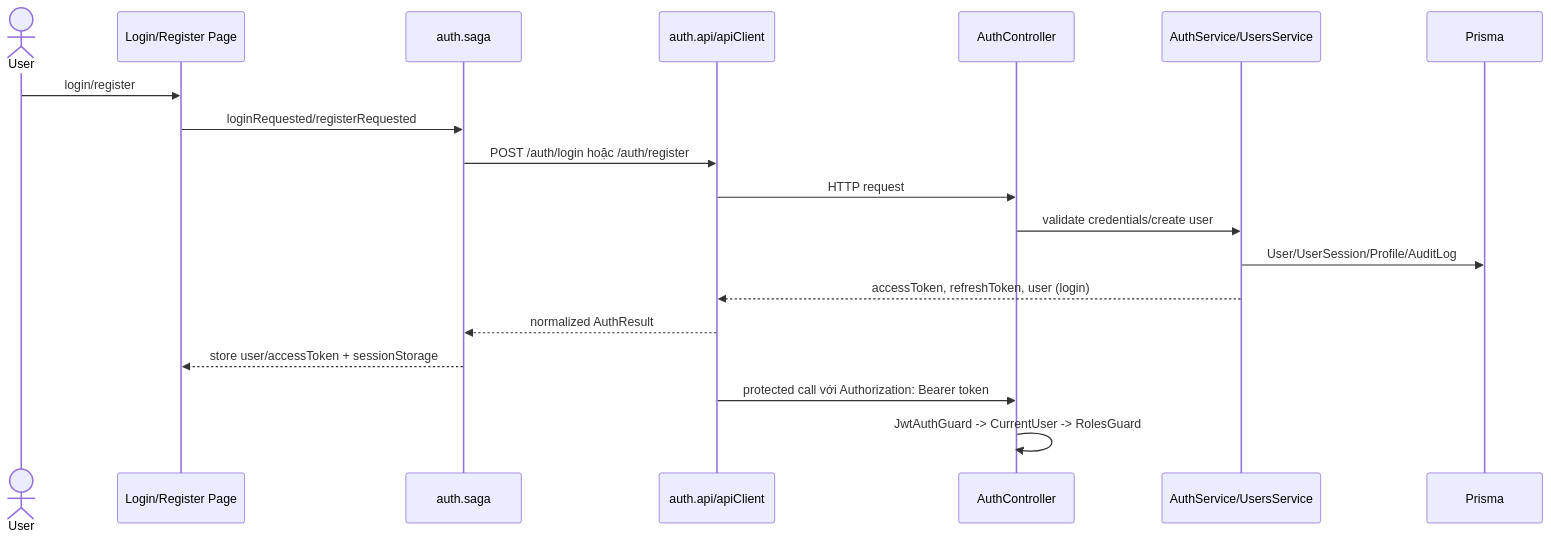
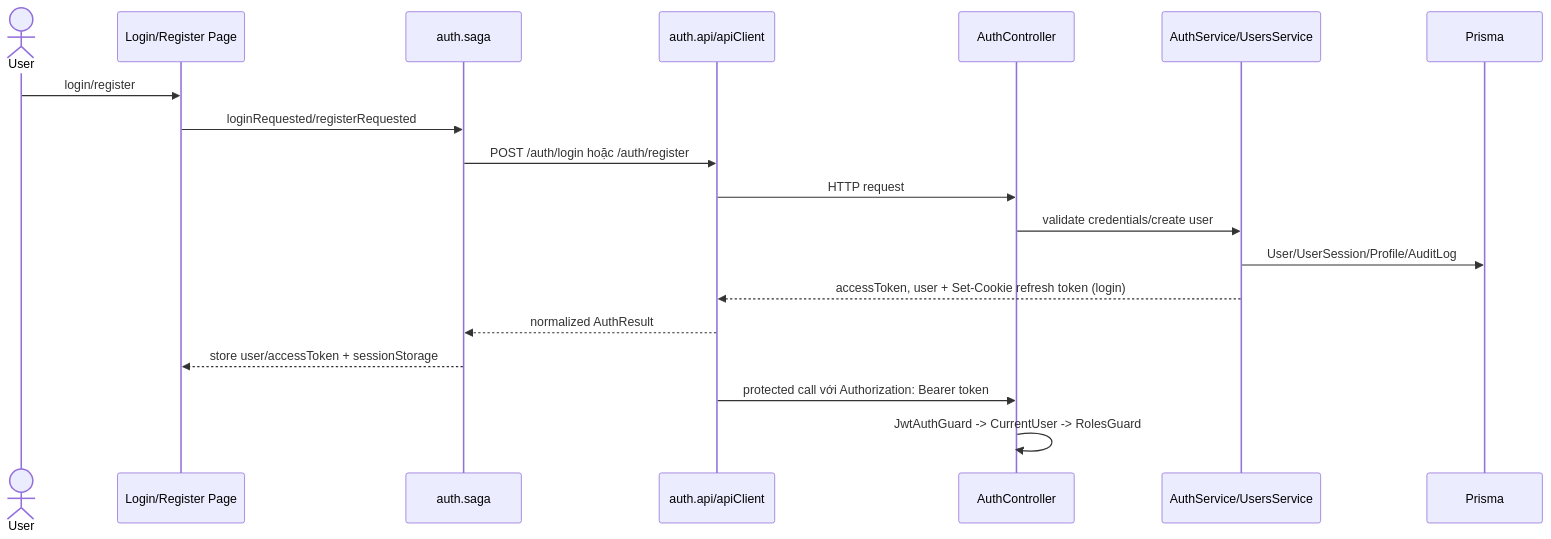
One commit to thanhnguyen0901/OnlineHealthConsultation-Service changed the diagram in docs/project-audit/04-auth-rbac-audit.md. Above: the diagram before and after it, drawn with Mermaid. The commit also changed other lines of this file and 2 other files, not shown here.

Commit message:
Update refresh token audit docs

````diff
--- a/docs/project-audit/04-auth-rbac-audit.md
+++ b/docs/project-audit/04-auth-rbac-audit.md
@@ -19,22 +19,22 @@
 ```mermaid
 sequenceDiagram
   actor User
   participant FE as Login/Register Page
   participant Saga as auth.saga
   participant API as auth.api/apiClient
   participant BE as AuthController
   participant SVC as AuthService/UsersService
   participant DB as Prisma
 
   User->>FE: login/register
   FE->>Saga: loginRequested/registerRequested
   Saga->>API: POST /auth/login hoặc /auth/register
   API->>BE: HTTP request
   BE->>SVC: validate credentials/create user
   SVC->>DB: User/UserSession/Profile/AuditLog
-  SVC-->>API: accessToken, refreshToken, user (login)
+  SVC-->>API: accessToken, user + Set-Cookie refresh token (login)
   API-->>Saga: normalized AuthResult
   Saga-->>FE: store user/accessToken + sessionStorage
   API->>BE: protected call với Authorization: Bearer token
   BE->>BE: JwtAuthGuard -> CurrentUser -> RolesGuard
 ```
````
